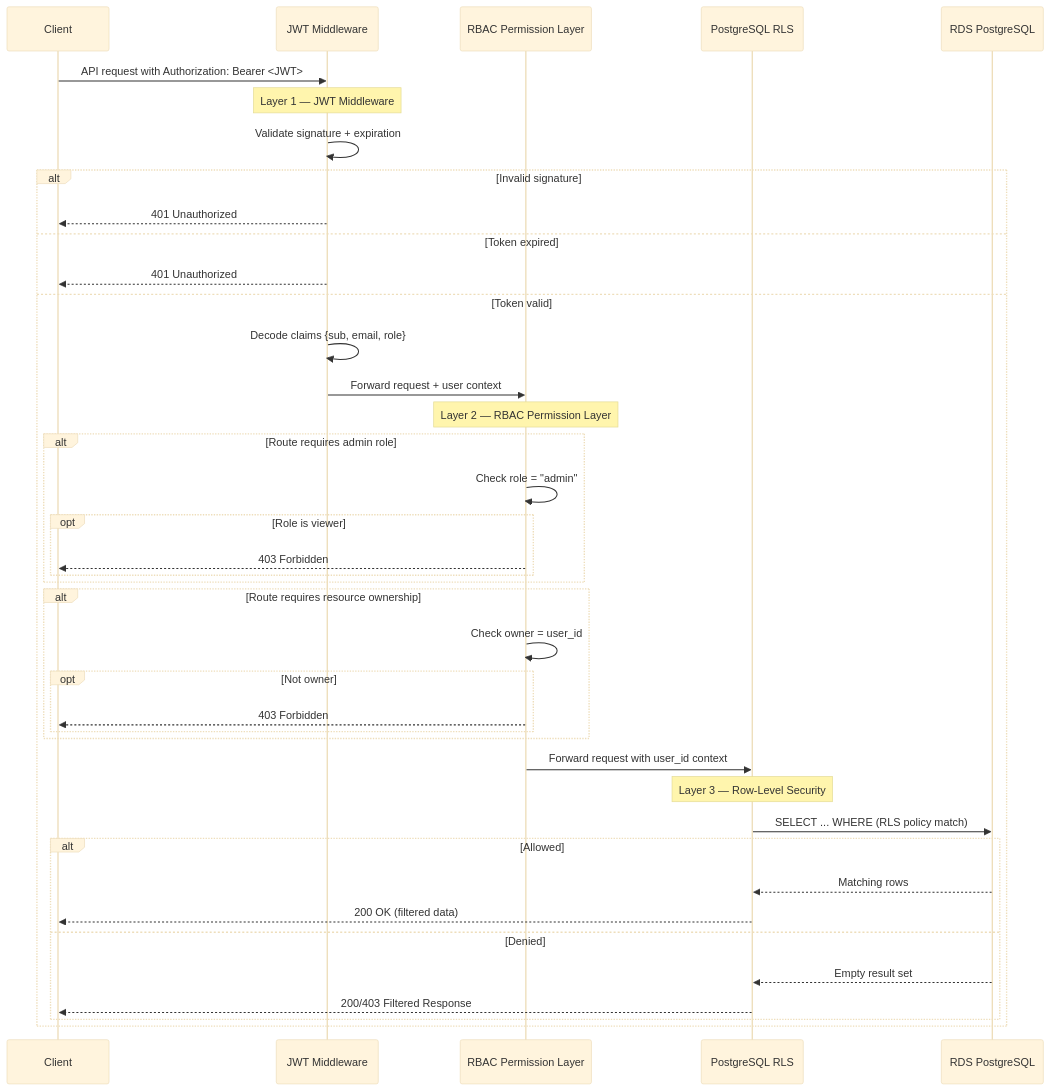
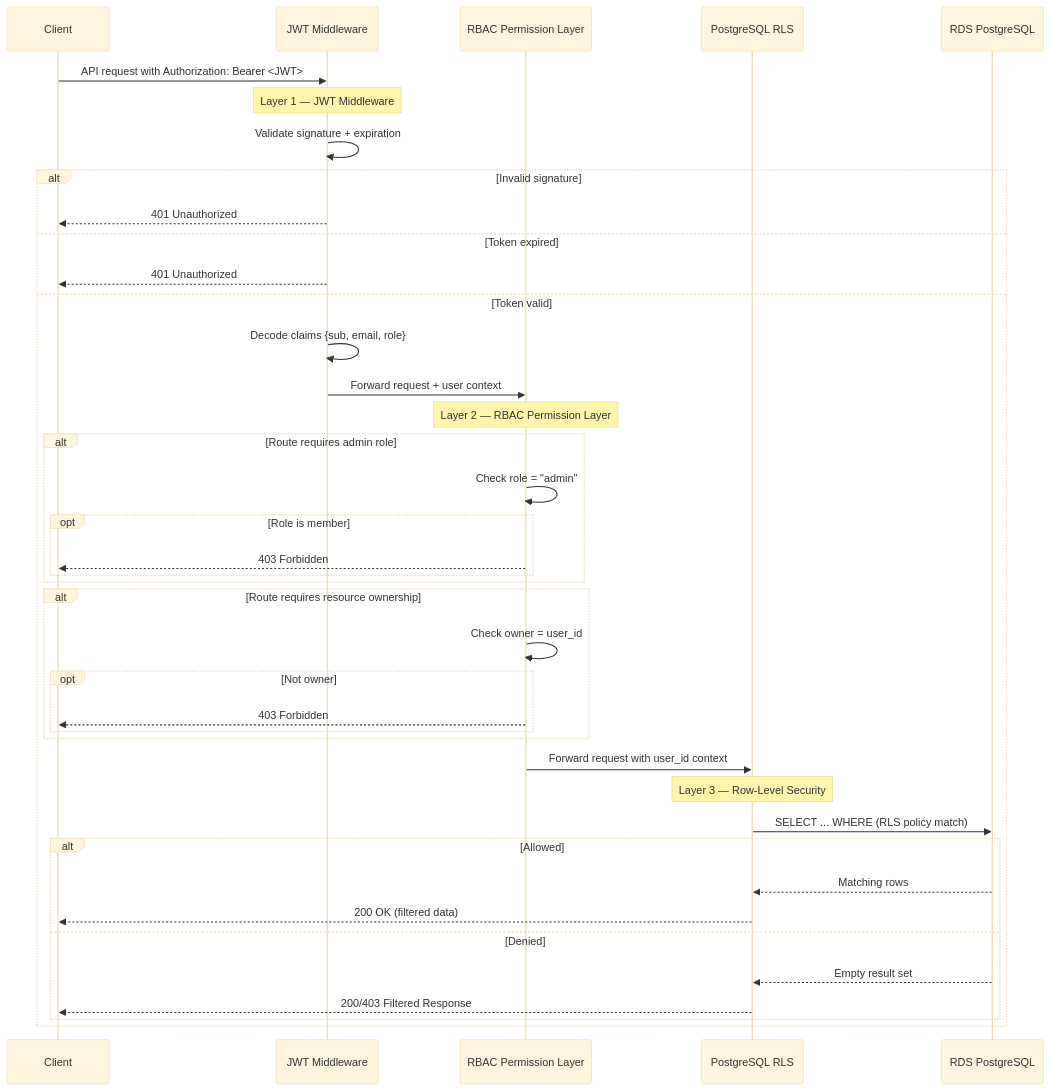
The ninth of 13 diagrams in docs/03-architecture/diagrams/sequence-diagrams.md (alonsovndev/open-projects-hub-docs), drawn with Mermaid (base theme) before and after one commit. The commit also changed other lines of this file and 33 other files, not shown here.

````diff
--- a/docs/03-architecture/diagrams/sequence-diagrams.md
+++ b/docs/03-architecture/diagrams/sequence-diagrams.md
@@ -271,46 +271,46 @@
 ```mermaid
 sequenceDiagram
     participant Client
     participant JWT as JWT Middleware
     participant RBAC as RBAC Permission Layer
     participant RLS as PostgreSQL RLS
     participant DB as RDS PostgreSQL
 
     Client->>JWT: API request with Authorization: Bearer <JWT>
 
     Note over JWT: Layer 1 — JWT Middleware
     JWT->>JWT: Validate signature + expiration
     alt Invalid signature
         JWT-->>Client: 401 Unauthorized
     else Token expired
         JWT-->>Client: 401 Unauthorized
     else Token valid
         JWT->>JWT: Decode claims {sub, email, role}
         JWT->>RBAC: Forward request + user context
 
         Note over RBAC: Layer 2 — RBAC Permission Layer
         alt Route requires admin role
             RBAC->>RBAC: Check role = "admin"
-            opt Role is viewer
+            opt Role is member
                 RBAC-->>Client: 403 Forbidden
             end
         end
         alt Route requires resource ownership
             RBAC->>RBAC: Check owner = user_id
             opt Not owner
                 RBAC-->>Client: 403 Forbidden
             end
         end
         RBAC->>RLS: Forward request with user_id context
 
         Note over RLS: Layer 3 — Row-Level Security
         RLS->>DB: SELECT ... WHERE (RLS policy match)
         alt Allowed
             DB-->>RLS: Matching rows
             RLS-->>Client: 200 OK (filtered data)
         else Denied
             DB-->>RLS: Empty result set
             RLS-->>Client: 200/403 Filtered Response
         end
     end
 ```
````
